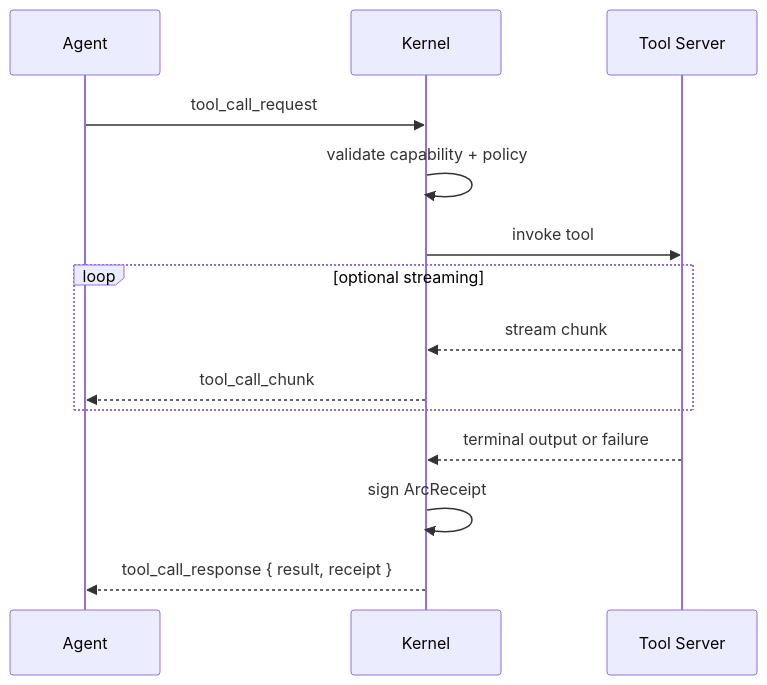
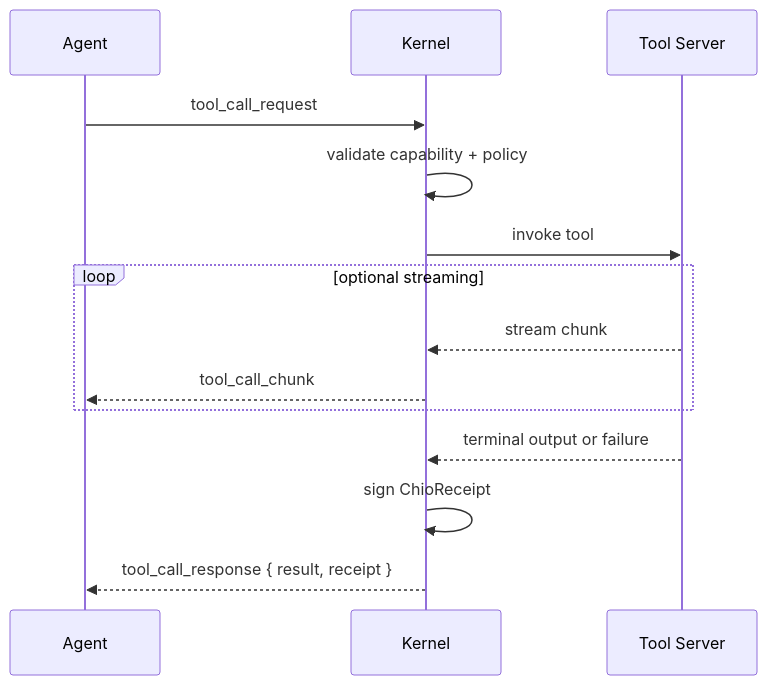
One commit to bb-connor/arc changed the fourth of 6 diagrams in spec/WIRE_PROTOCOL.md. Above: the diagram before and after it, drawn with Mermaid. The commit also changed other lines of this file and 3351 other files, not shown here.

First line of the commit message:
feat(rename): arc → chio full overhaul

````diff
--- a/spec/WIRE_PROTOCOL.md
+++ b/spec/WIRE_PROTOCOL.md
@@ -507,17 +507,17 @@
 ```mermaid
 sequenceDiagram
     participant Agent
     participant Kernel
     participant Tool as Tool Server
 
     Agent->>Kernel: tool_call_request
     Kernel->>Kernel: validate capability + policy
     Kernel->>Tool: invoke tool
     loop optional streaming
         Tool-->>Kernel: stream chunk
         Kernel-->>Agent: tool_call_chunk
     end
     Tool-->>Kernel: terminal output or failure
-    Kernel->>Kernel: sign ArcReceipt
+    Kernel->>Kernel: sign ChioReceipt
     Kernel-->>Agent: tool_call_response { result, receipt }
 ```
````
